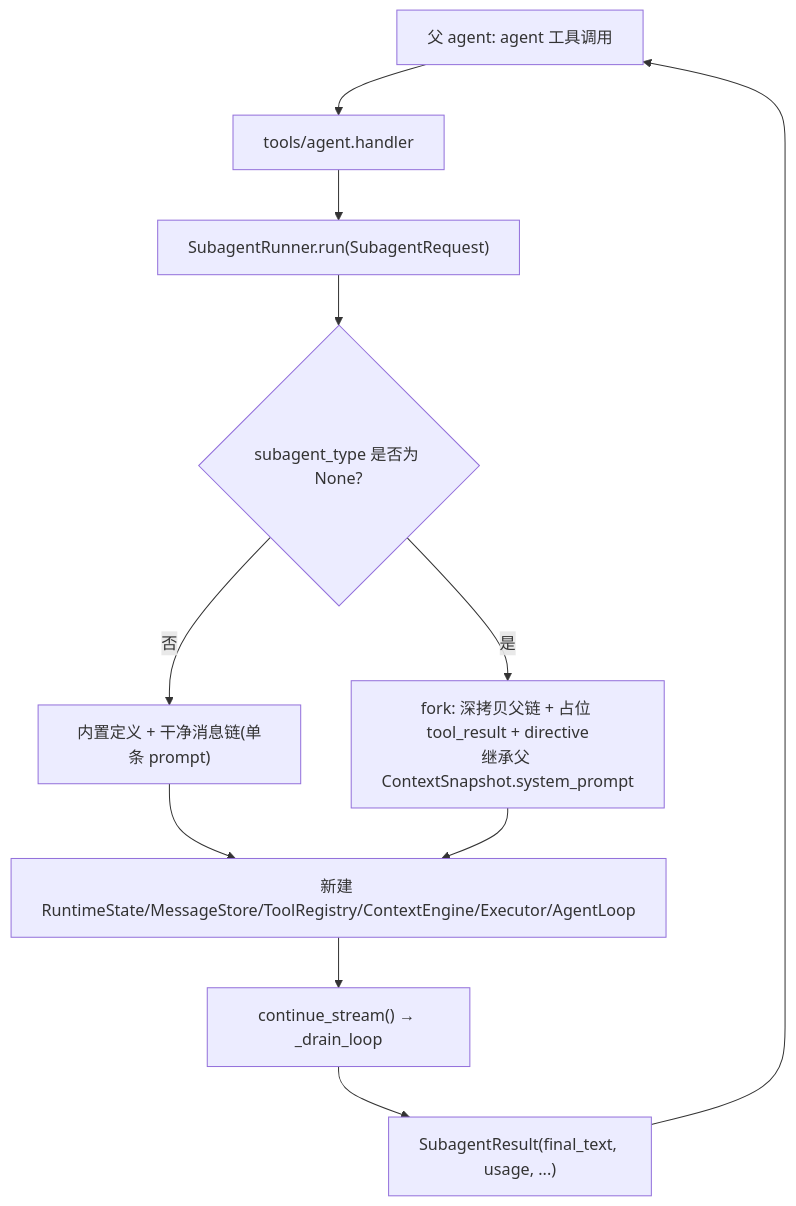
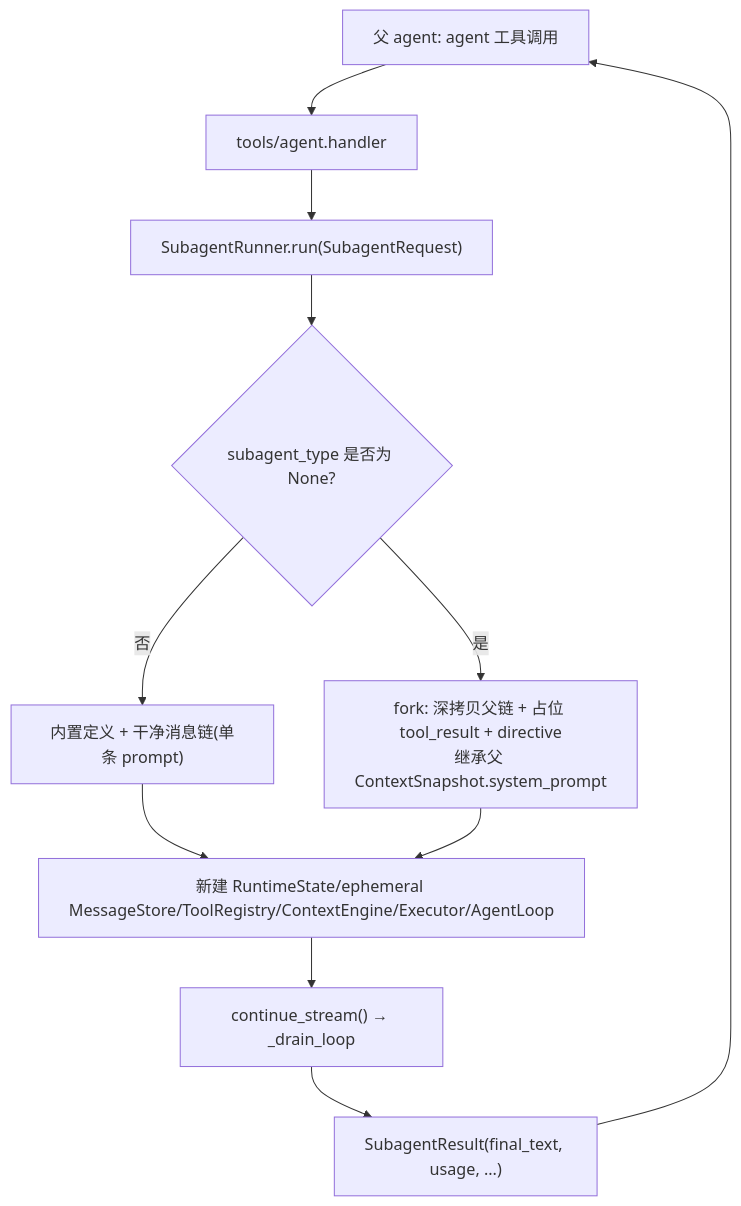
One commit to EtherealStar/OneCode changed the diagram in docs/design-docs/subagent-architecture.md. Above: the diagram before and after it, drawn with Mermaid. The commit also changed other lines of this file and 22 other files, not shown here.

````diff
--- a/docs/design-docs/subagent-architecture.md
+++ b/docs/design-docs/subagent-architecture.md
@@ -37,13 +37,13 @@
 ```mermaid
 flowchart TD
   Parent["父 agent: agent 工具调用"] --> Tool["tools/agent.handler"]
   Tool --> Run["SubagentRunner.run(SubagentRequest)"]
   Run --> Def{"subagent_type 是否为 None?"}
   Def -->|否| Clean["内置定义 + 干净消息链(单条 prompt)"]
   Def -->|是| Fork["fork: 深拷贝父链 + 占位 tool_result + directive\n继承父 ContextSnapshot.system_prompt"]
-  Clean --> Assemble["新建 RuntimeState/MessageStore/ToolRegistry/ContextEngine/Executor/AgentLoop"]
+  Clean --> Assemble["新建 RuntimeState/ephemeral MessageStore/ToolRegistry/ContextEngine/Executor/AgentLoop"]
   Fork --> Assemble
   Assemble --> Drain["continue_stream() → _drain_loop"]
   Drain --> Result["SubagentResult(final_text, usage, ...)"]
   Result --> Parent
 ```
````
